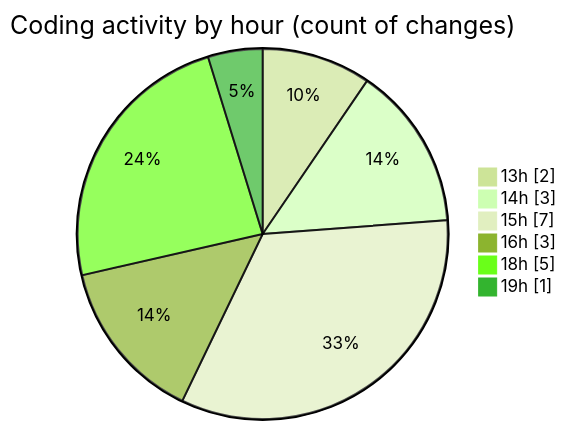
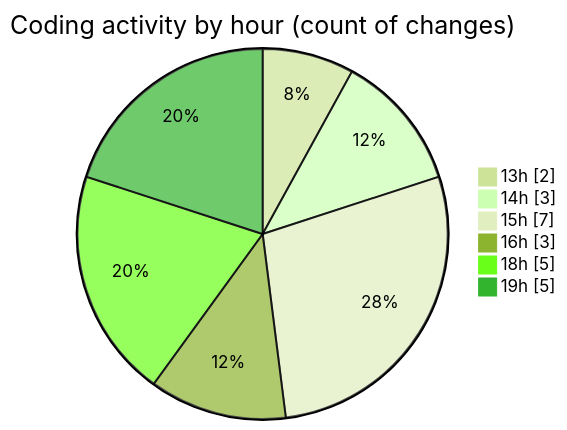
The second of 2 diagrams in 2025-11-14/cdp_aleoudev_fr__workspace_/README.md (julien-gomy/code-tracking), drawn with Mermaid (forest theme) before and after one commit. The commit also changed other lines of this file and 1 other file, not shown here.

````diff
--- a/2025-11-14/cdp_aleoudev_fr__workspace_/README.md
+++ b/2025-11-14/cdp_aleoudev_fr__workspace_/README.md
@@ -37,10 +39,10 @@
 ```mermaid
 pie showData
 title Coding activity by hour (count of changes)
 "13h" : 2
 "14h" : 3
 "15h" : 7
 "16h" : 3
 "18h" : 5
-"19h" : 1
+"19h" : 5
 ```
````
